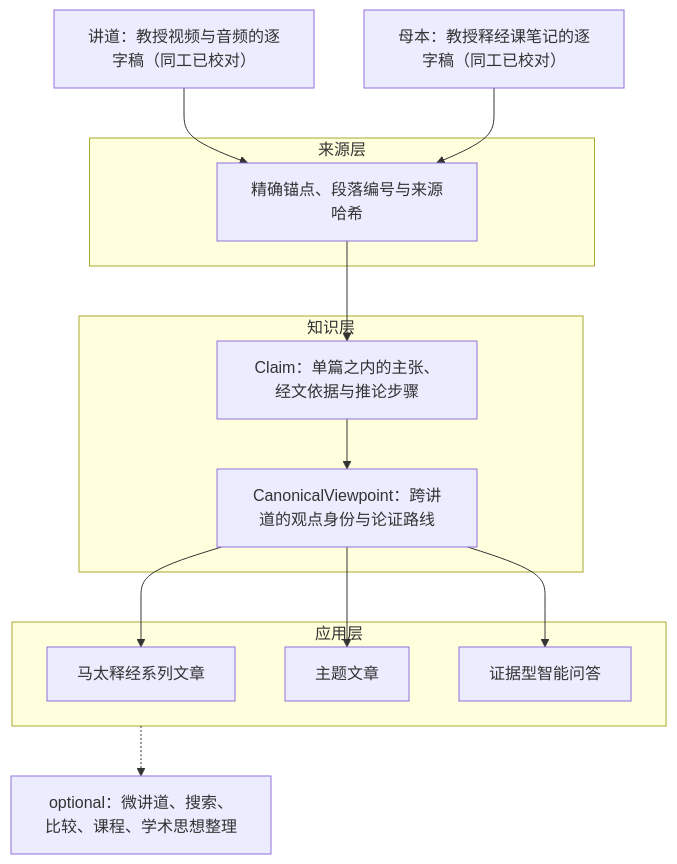
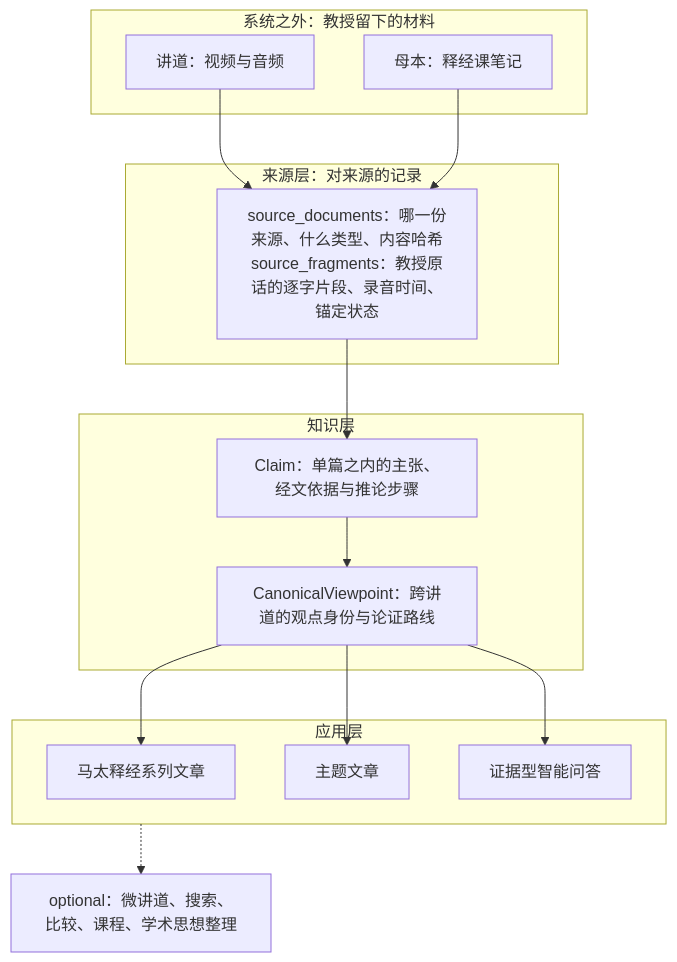
One commit to junyang168/smart-answer changed the diagram in docs/wang-knowledge-platform/00-overview/solution_architecture.md. Above: the diagram before and after it, drawn with Mermaid. The commit also changed other lines of this file, not shown here.

````diff
--- a/docs/wang-knowledge-platform/00-overview/solution_architecture.md
+++ b/docs/wang-knowledge-platform/00-overview/solution_architecture.md
@@ -91,27 +91,32 @@
 ```mermaid
 flowchart TD
-    SERMON["讲道：教授视频与音频的逐字稿（同工已校对）"] --> SRC
-    NOTES["母本：教授释经课笔记的逐字稿（同工已校对）"] --> SRC
+    subgraph L0["系统之外：教授留下的材料"]
+        SERMON["讲道：视频与音频"]
+        NOTES["母本：释经课笔记"]
+    end
 
-    subgraph L1["来源层"]
-        SRC["精确锚点、段落编号与来源哈希"]
+    SERMON --> SRC
+    NOTES --> SRC
+
+    subgraph L1["来源层：对来源的记录"]
+        SRC["source_documents：哪一份来源、什么类型、内容哈希<br/>source_fragments：教授原话的逐字片段、录音时间、锚定状态"]
     end
 
     subgraph L2["知识层"]
         CLAIM["Claim：单篇之内的主张、经文依据与推论步骤"]
         CVP["CanonicalViewpoint：跨讲道的观点身份与论证路线"]
         CLAIM --> CVP
     end
 
     subgraph L3["应用层"]
         ART["马太释经系列文章"]
         TOPIC["主题文章"]
         QA["证据型智能问答"]
     end
 
     SRC --> CLAIM
     CVP --> ART
     CVP --> TOPIC
     CVP --> QA
     L3 -.-> OPT["optional：微讲道、搜索、比较、课程、学术思想整理"]
 ```
````
